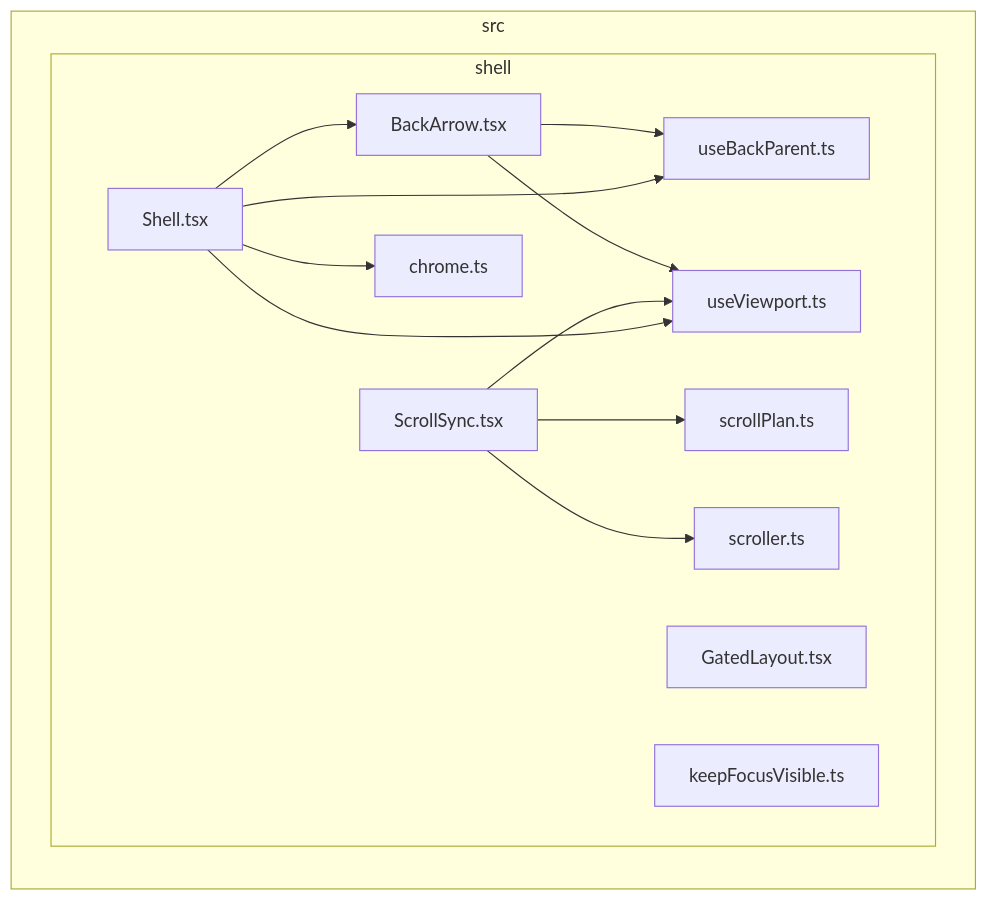
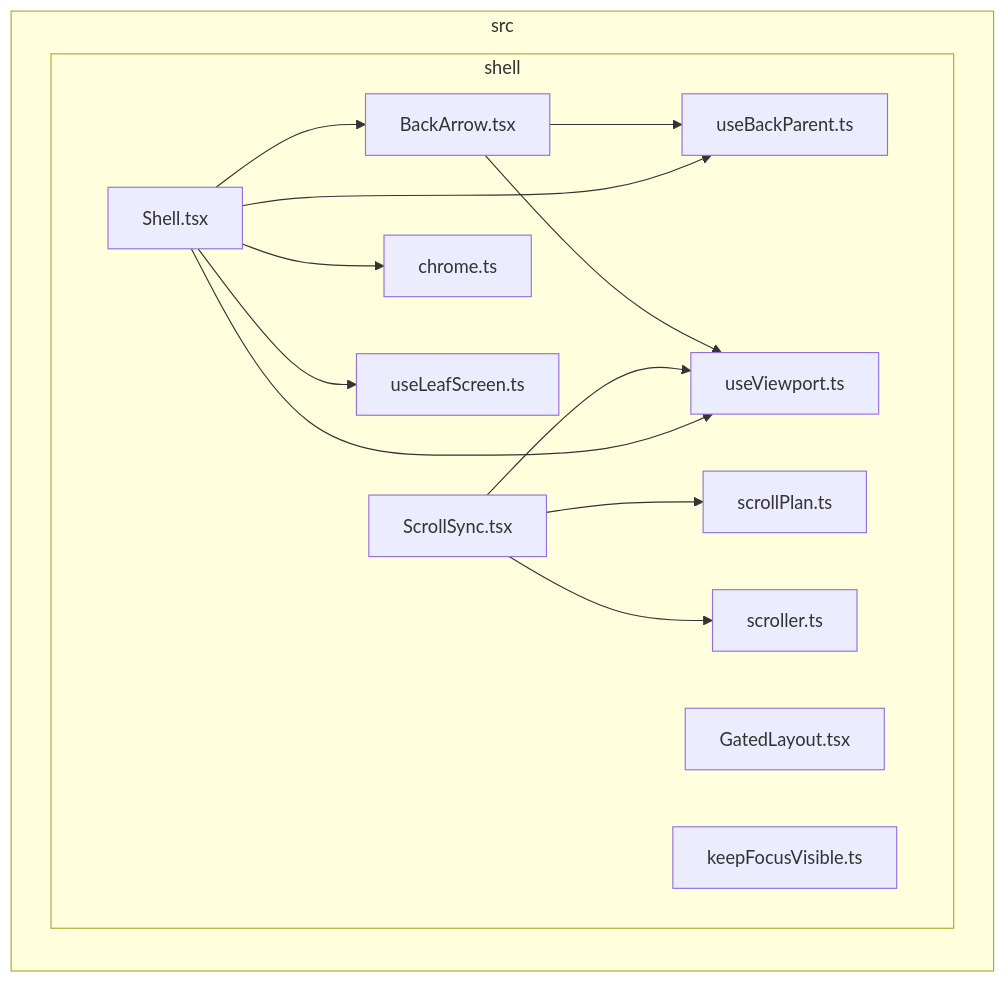
One commit to GonzaloZevallos/apostrophe changed the diagram in docs/architecture/generated/front-modules/shell.md. Above: the diagram before and after it, drawn with Mermaid.

Commit message:
chore(docs): regenerate [skip ci]

````diff
--- a/docs/architecture/generated/front-modules/shell.md
+++ b/docs/architecture/generated/front-modules/shell.md
@@ -7,26 +7,28 @@
 ```mermaid
 flowchart LR
 subgraph src["src"]
   subgraph src_shell["shell"]
     src_shell_BackArrow_tsx["BackArrow.tsx"]
     src_shell_GatedLayout_tsx["GatedLayout.tsx"]
     src_shell_ScrollSync_tsx["ScrollSync.tsx"]
     src_shell_Shell_tsx["Shell.tsx"]
     src_shell_chrome_ts["chrome.ts"]
     src_shell_keepFocusVisible_ts["keepFocusVisible.ts"]
     src_shell_scrollPlan_ts["scrollPlan.ts"]
     src_shell_scroller_ts["scroller.ts"]
     src_shell_useBackParent_ts["useBackParent.ts"]
+    src_shell_useLeafScreen_ts["useLeafScreen.ts"]
     src_shell_useViewport_ts["useViewport.ts"]
   end
 end
 src_shell_BackArrow_tsx-->src_shell_useBackParent_ts
 src_shell_BackArrow_tsx-->src_shell_useViewport_ts
 src_shell_ScrollSync_tsx-->src_shell_scrollPlan_ts
 src_shell_ScrollSync_tsx-->src_shell_scroller_ts
 src_shell_ScrollSync_tsx-->src_shell_useViewport_ts
 src_shell_Shell_tsx-->src_shell_BackArrow_tsx
 src_shell_Shell_tsx-->src_shell_chrome_ts
 src_shell_Shell_tsx-->src_shell_useBackParent_ts
+src_shell_Shell_tsx-->src_shell_useLeafScreen_ts
 src_shell_Shell_tsx-->src_shell_useViewport_ts
 ```
````
